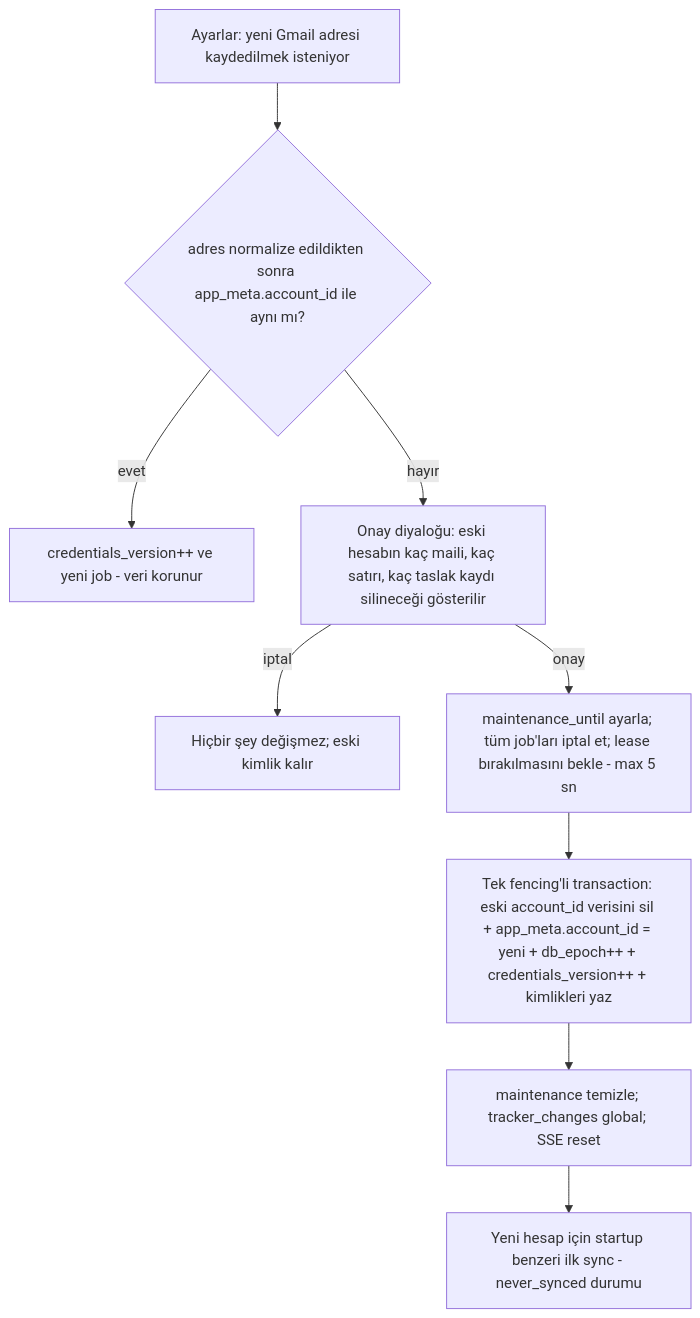
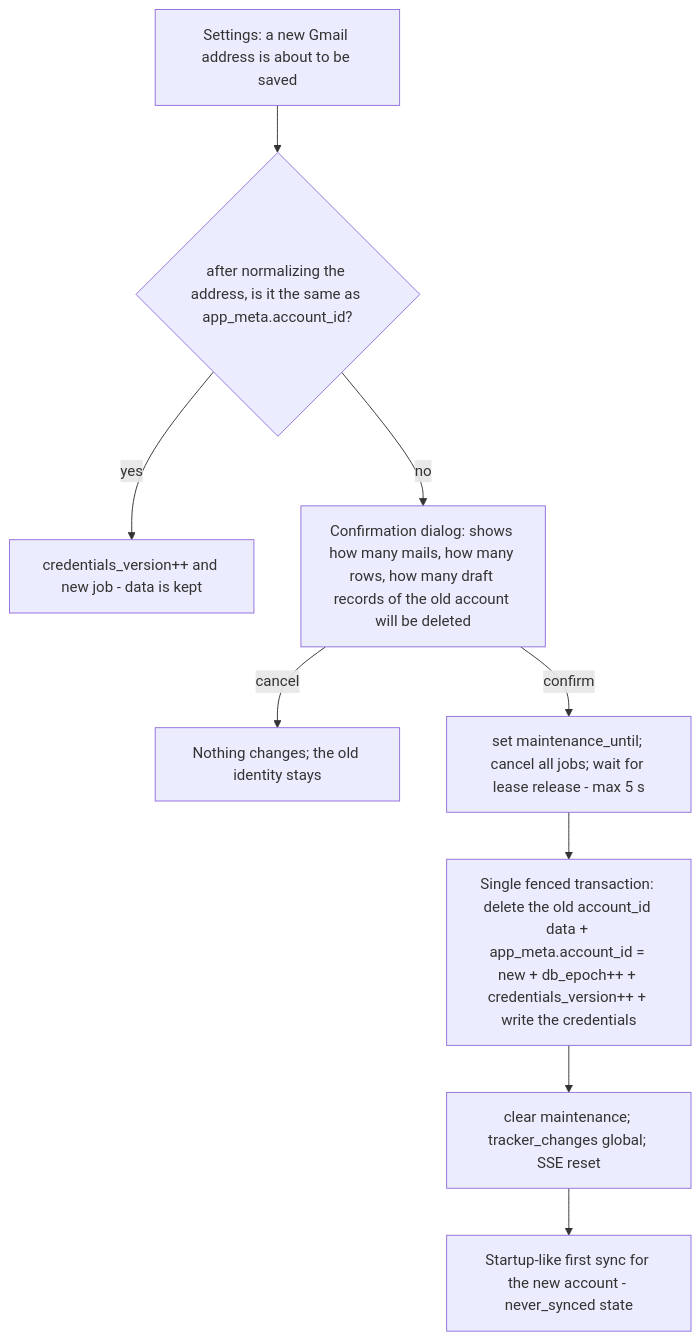
The sixth of 6 diagrams in docs/tracker-sync-architecture.md (kuralayusha/CMAE-public), drawn with Mermaid before and after one commit. The commit also changed other lines of this file, not shown here.

Commit message:
Translate tracker sync architecture doc to English

````diff
--- a/docs/tracker-sync-architecture.md
+++ b/docs/tracker-sync-architecture.md
@@ -913,11 +895,11 @@
 ```mermaid
 flowchart TD
-  S[Ayarlar: yeni Gmail adresi kaydedilmek isteniyor] --> C{adres normalize edildikten sonra app_meta.account_id ile aynı mı?}
-  C -- evet --> SAME[credentials_version++ ve yeni job - veri korunur]
-  C -- hayır --> D[Onay diyaloğu: eski hesabın kaç maili, kaç satırı, kaç taslak kaydı silineceği gösterilir]
-  D -- iptal --> X[Hiçbir şey değişmez; eski kimlik kalır]
-  D -- onay --> M[maintenance_until ayarla; tüm job'ları iptal et; lease bırakılmasını bekle - max 5 sn]
-  M --> T[Tek fencing'li transaction: eski account_id verisini sil + app_meta.account_id = yeni + db_epoch++ + credentials_version++ + kimlikleri yaz]
-  T --> E[maintenance temizle; tracker_changes global; SSE reset]
-  E --> J[Yeni hesap için startup benzeri ilk sync - never_synced durumu]
+  S[Settings: a new Gmail address is about to be saved] --> C{after normalizing the address, is it the same as app_meta.account_id?}
+  C -- yes --> SAME[credentials_version++ and new job - data is kept]
+  C -- no --> D[Confirmation dialog: shows how many mails, how many rows, how many draft records of the old account will be deleted]
+  D -- cancel --> X[Nothing changes; the old identity stays]
+  D -- confirm --> M[set maintenance_until; cancel all jobs; wait for lease release - max 5 s]
+  M --> T[Single fenced transaction: delete the old account_id data + app_meta.account_id = new + db_epoch++ + credentials_version++ + write the credentials]
+  T --> E[clear maintenance; tracker_changes global; SSE reset]
+  E --> J[Startup-like first sync for the new account - never_synced state]
 ```
````
